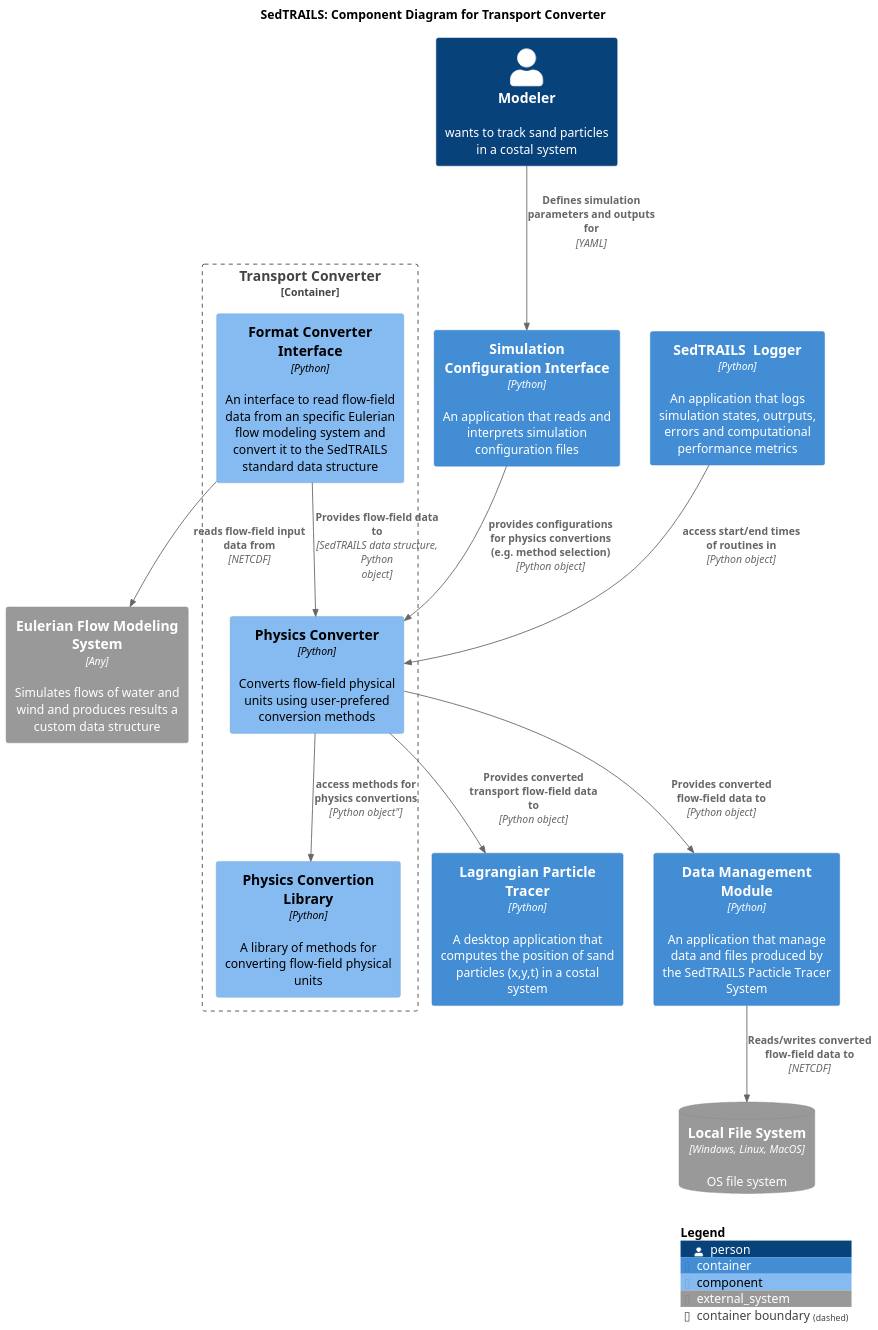
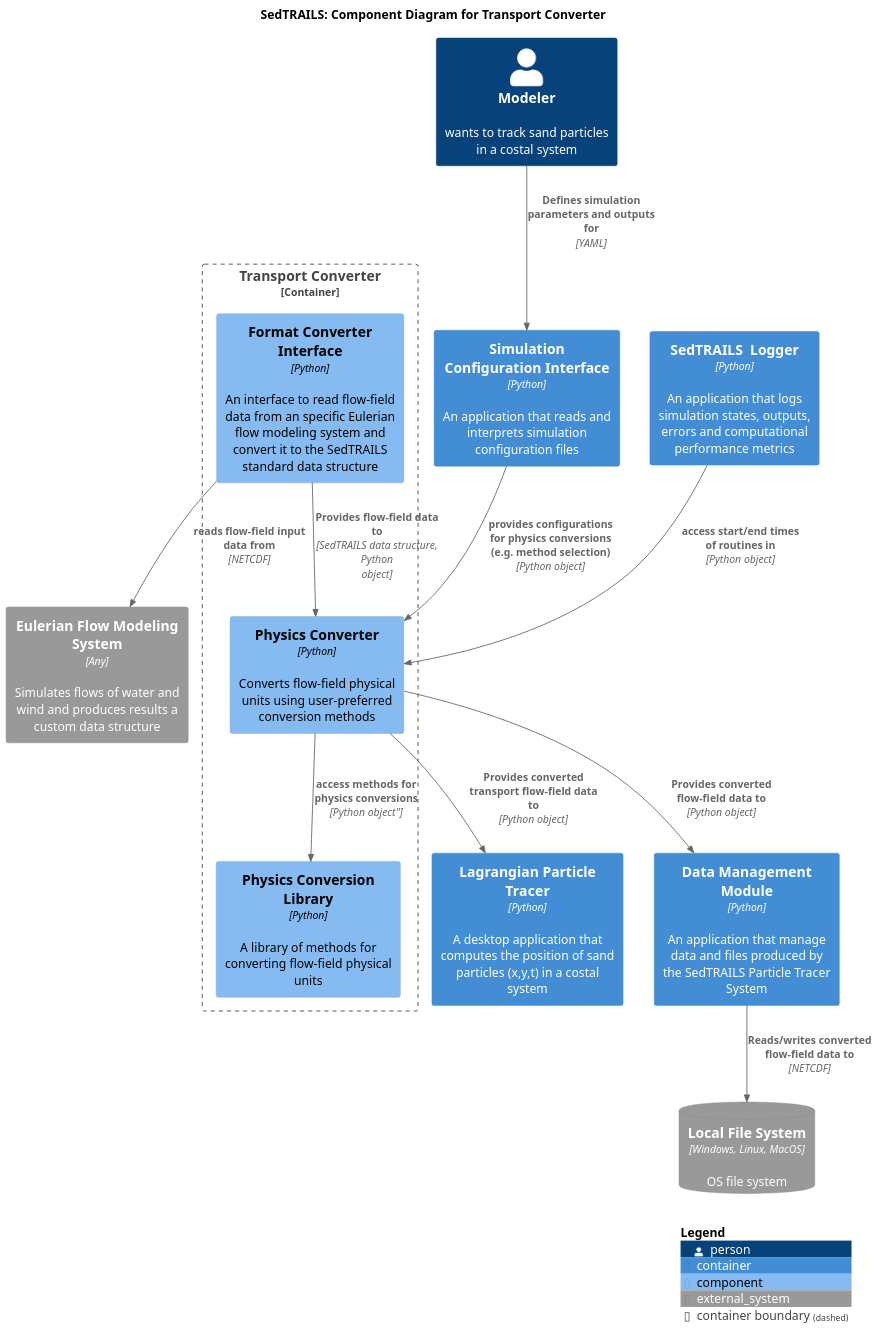
Before and after one commit to sgpearson17/sedtrails-sgp: the diagram in diagrams/components-converter-app.puml, drawn with PlantUML. The commit also changed 14 other files, not shown here.

Commit message:
Fix typos in software diagrams and regenerate images

```diff
--- a/diagrams/components-converter-app.puml
+++ b/diagrams/components-converter-app.puml
@@ -1,44 +1,44 @@
 @startuml SedtrailComponentsTransportConverter
 !include ./c4/C4_Component.puml
 
 title SedTRAILS: Component Diagram for Transport Converter
 scale 1.5
 
 Person(modeler, "Modeler", "wants to track sand particles in a costal system")
 
 Container(configInterface, "Simulation Configuration Interface", "Python", "An application that reads and interprets simulation configuration files")
 
 Container_Boundary(transportConverter, "Transport Converter"){ 
     
     Component(formatConverter, "Format Converter Interface", "Python", "An interface to read flow-field data from an specific Eulerian flow modeling system and convert it to the SedTRAILS standard data structure")
 
-    Component(physicsConverter, "Physics Converter", "Python", "Converts flow-field physical units using user-prefered conversion methods")
+    Component(physicsConverter, "Physics Converter", "Python", "Converts flow-field physical units using user-preferred conversion methods")
         
-    Component(physicsLibrary, "Physics Convertion Library", "Python", "A library of methods for converting flow-field physical units")
+    Component(physicsLibrary, "Physics Conversion Library", "Python", "A library of methods for converting flow-field physical units")
 
-    Rel(physicsConverter, physicsLibrary, "access methods for physics convertions", Python object")
+    Rel(physicsConverter, physicsLibrary, "access methods for physics conversions", Python object")
 
     Rel(formatConverter, physicsConverter, "Provides flow-field data to", "SedTRAILS data structure, Python object")
     Rel(modeler, configInterface, "Defines simulation parameters and outputs for", "YAML")
-    Rel(configInterface, physicsConverter, "provides configurations for physics convertions (e.g. method selection)", "Python object")
+    Rel(configInterface, physicsConverter, "provides configurations for physics conversions (e.g. method selection)", "Python object")
 }
 
-Container(sedtrailsLogger, "SedTRAILS  Logger", "Python", "An application that logs simulation states, outrputs, errors and computational performance metrics")
+Container(sedtrailsLogger, "SedTRAILS  Logger", "Python", "An application that logs simulation states, outputs, errors and computational performance metrics")
 
 Container(particleTracer, "Lagrangian Particle Tracer", "Python", "A desktop application that computes the position of sand particles (x,y,t) in a costal system")
 
-Container(dataManager, "Data Management Module", "Python", "An application that manage data and files produced by the SedTRAILS Pacticle Tracer System")
+Container(dataManager, "Data Management Module", "Python", "An application that manage data and files produced by the SedTRAILS Particle Tracer System")
 
 System_Ext(flowSystem, "Eulerian Flow Modeling System", "Simulates flows of water and wind and produces results a custom data structure", $type="Any")
 SystemDb_Ext(fileSystem, "Local File System", "OS file system", $type="Windows, Linux, MacOS")
 
 Rel(physicsConverter, dataManager, "Provides converted flow-field data to", "Python object")
 Rel(sedtrailsLogger, physicsConverter, "access start/end times of routines in", "Python object")
 
 Rel(physicsConverter, particleTracer, "Provides converted transport flow-field data to", "Python object")
 Rel(dataManager, fileSystem, "Reads/writes converted flow-field data to", "NETCDF")
 
-Rel( formatConverter, flowSystem, "reads flow-field input data from", "NETCDF")
+Rel(formatConverter, flowSystem, "reads flow-field input data from", "NETCDF")
 
 SHOW_LEGEND()
 @enduml
```
